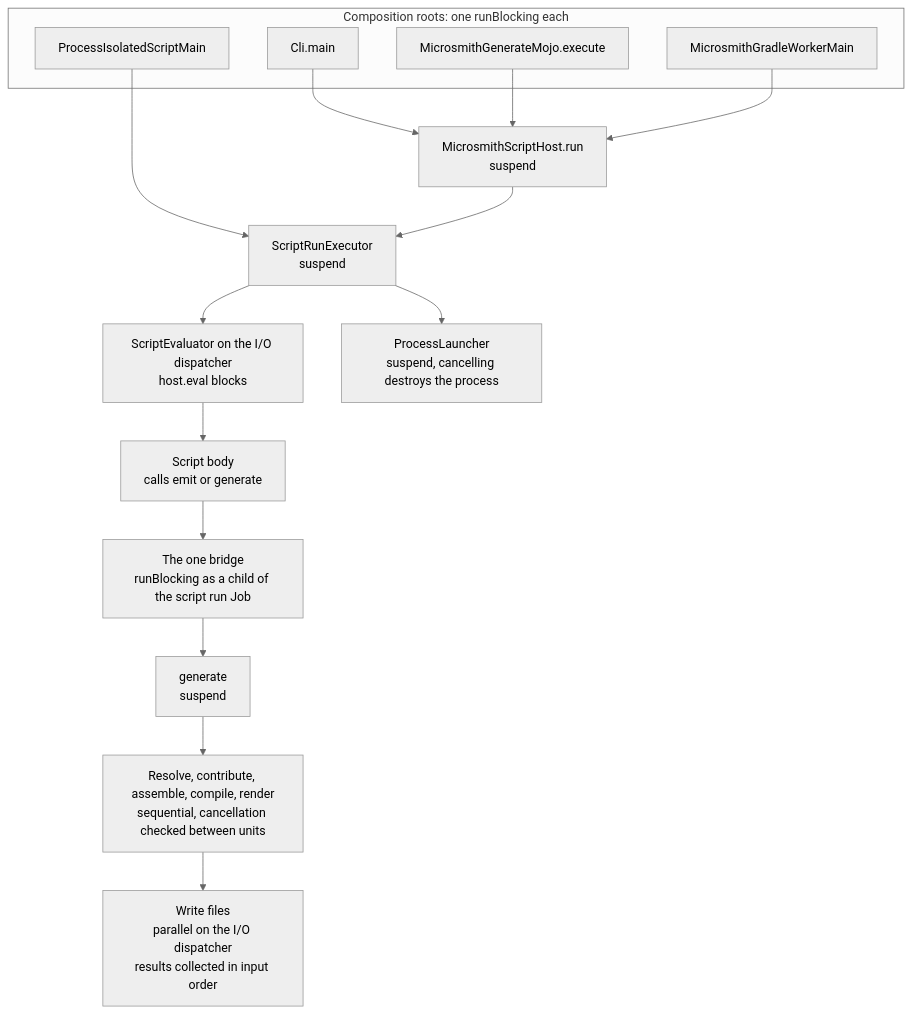
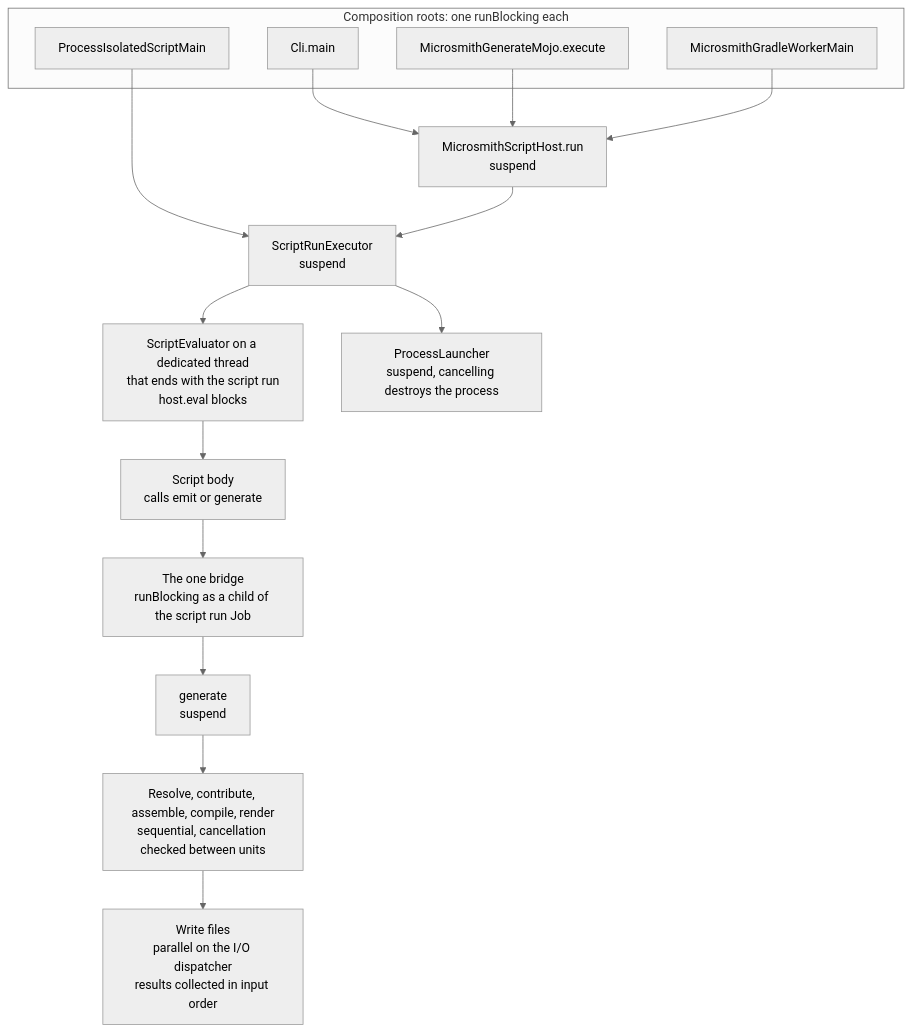
One commit to LMLiam/microsmith changed diagram 13 of 17 in docs/design/v4-dependency-injection.md. Above: the diagram before and after it, drawn with Mermaid (neutral theme). The commit also changed other lines of this file, not shown here.

````diff
--- a/docs/design/v4-dependency-injection.md
+++ b/docs/design/v4-dependency-injection.md
@@ -876,21 +901,21 @@
 ```mermaid
 flowchart TB
     subgraph Roots["Composition roots: one runBlocking each"]
         R1["Cli.main"]
         R2["MicrosmithGenerateMojo.execute"]
         R3["MicrosmithGradleWorkerMain"]
         R4["ProcessIsolatedScriptMain"]
     end
     R1 --> Host["MicrosmithScriptHost.run<br/>suspend"]
     R2 --> Host
     R3 --> Host
     R4 --> Exec["ScriptRunExecutor<br/>suspend"]
     Host --> Exec
-    Exec --> Eval["ScriptEvaluator on the I/O dispatcher<br/>host.eval blocks"]
+    Exec --> Eval["ScriptEvaluator on a dedicated thread<br/>that ends with the script run<br/>host.eval blocks"]
     Eval --> Body["Script body<br/>calls emit or generate"]
     Body --> Bridge["The one bridge<br/>runBlocking as a child of the script run Job"]
     Bridge --> Gen["generate<br/>suspend"]
     Gen --> St["Resolve, contribute, assemble, compile, render<br/>sequential, cancellation checked between units"]
     St --> Wr["Write files<br/>parallel on the I/O dispatcher<br/>results collected in input order"]
     Exec --> Proc["ProcessLauncher<br/>suspend, cancelling destroys the process"]
 ```
````
